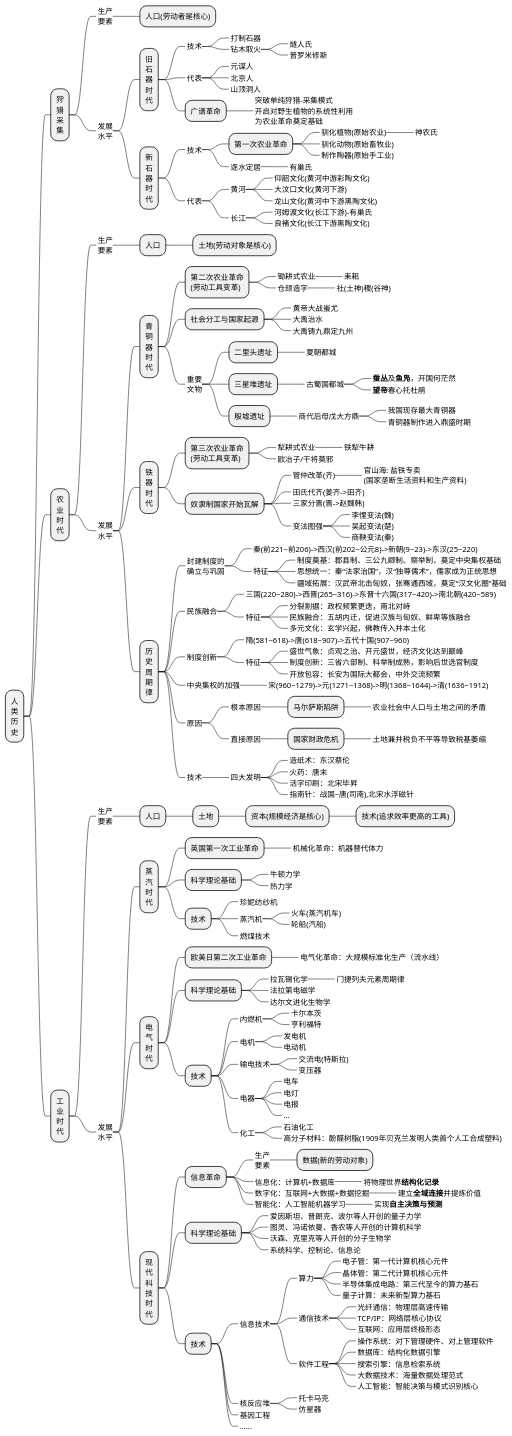
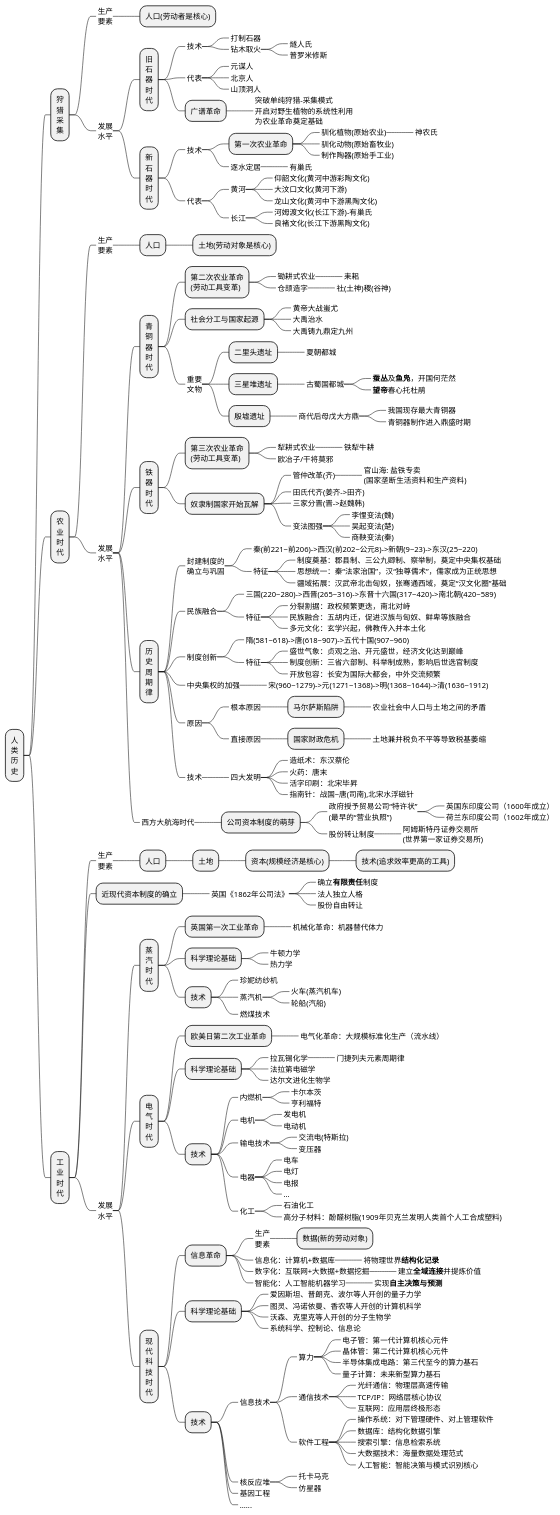
The first of 4 diagrams in source/_posts/economic/economic_and_history.md (holmofy/blog.hufeifei.cn), drawn with PlantUML before and after one commit.

```diff
--- a/source/_posts/economic/economic_and_history.md
+++ b/source/_posts/economic/economic_and_history.md
@@ -128,12 +128,24 @@
 +++++++_ 火药：唐末
 +++++++_ 活字印刷：北宋毕昇
 +++++++_ 指南针：战国~唐(司南),北宋水浮磁针
+++++_ 西方大航海时代
++++++ 公司资本制度的萌芽
+++++++_ 政府授予贸易公司“特许状”\n(最早的“营业执照”)
++++++++_ 英国东印度公司（1600年成立）
++++++++_ 荷兰东印度公司（1602年成立）
+++++++_ 股份转让制度
++++++++_ 阿姆斯特丹证券交易所\n(世界第一家证券交易所)
 ++ 工\n业\n时\n代
 +++_ 生产\n要素
 ++++ 人口
 +++++ 土地
 ++++++ 资本(规模经济是核心)
 +++++++ 技术(追求效率更高的工具)
++++ 近现代资本制度的确立
+++++_ 英国《1862年公司法》
++++++_ 确立**有限责任**制度
++++++_ 法人独立人格
++++++_ 股份自由转让
 +++_ 发展\n水平
 ++++ 蒸\n汽\n时\n代
 +++++ 英国第一次工业革命
```
